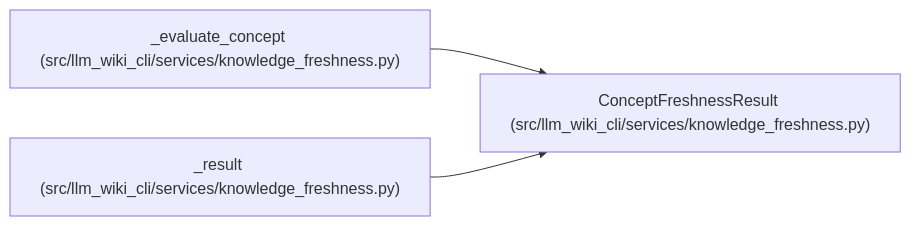
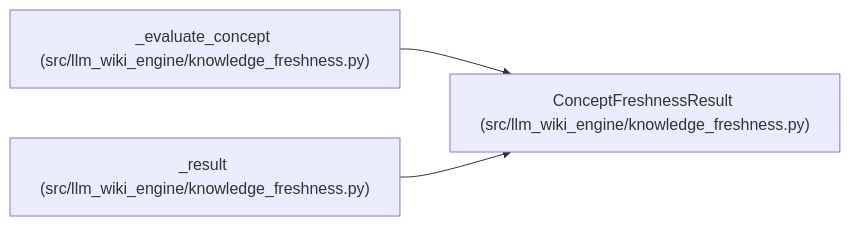
Before and after one commit to Denissvgn/python-wiki-llm: the diagram in docs/llm_wiki/entities/ConceptFreshnessResult.md, drawn with Mermaid. The commit also changed other lines of this file and 1058 other files, not shown here.

First line of the commit message:
docs: refresh the wiki for the knowledge store move

````diff
--- a/docs/llm_wiki/entities/ConceptFreshnessResult.md
+++ b/docs/llm_wiki/entities/ConceptFreshnessResult.md
@@ -33,11 +33,11 @@
 ```mermaid
 flowchart LR
-    n0["ConceptFreshnessResult (src/llm_wiki_cli/services/knowledge_freshness.py)"]
-    n1["_evaluate_concept (src/llm_wiki_cli/services/knowledge_freshness.py)"]
-    n2["_result (src/llm_wiki_cli/services/knowledge_freshness.py)"]
+    n0["ConceptFreshnessResult (src/llm_wiki_engine/knowledge_freshness.py)"]
+    n1["_evaluate_concept (src/llm_wiki_engine/knowledge_freshness.py)"]
+    n2["_result (src/llm_wiki_engine/knowledge_freshness.py)"]
     n1 --> n0
     n2 --> n0
     click n0 "../modules/knowledge_freshness.md"
     click n1 "../modules/knowledge_freshness.md"
     click n2 "../modules/knowledge_freshness.md"
 ```
````
